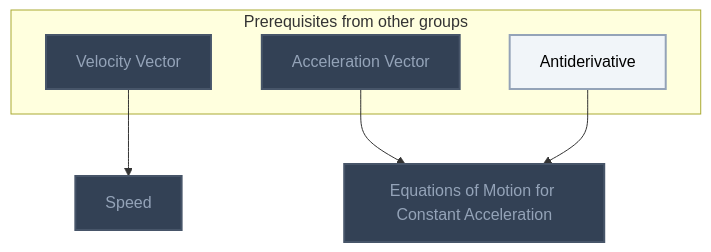
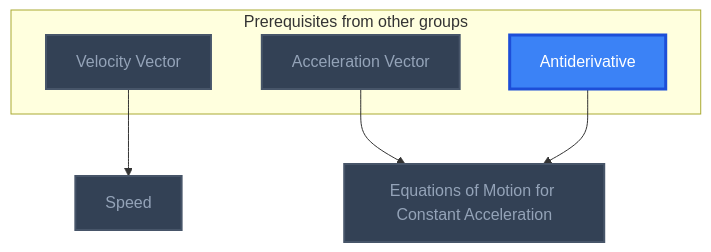
The eighth of 15 diagrams in Gamification/Skill Trees/Classical Mechanics.md (MRauf1/My-Notes), drawn with Mermaid before and after one commit. The commit also changed other lines of this file and 145 other files, not shown here.

````diff
--- a/Gamification/Skill Trees/Classical Mechanics.md
+++ b/Gamification/Skill Trees/Classical Mechanics.md
@@ -250,25 +251,25 @@
 ```mermaid
 flowchart TD
     classDef planned fill:#1E293B,stroke:#64748B,stroke-width:2px,stroke-dasharray:5 5,color:#94A3B8;
     classDef locked fill:#334155,stroke:#475569,stroke-width:2px,color:#94A3B8;
     classDef L0 fill:#F1F5F9,stroke:#94A3B8,stroke-width:2px,color:#000000;
     classDef L1 fill:#22C55E,stroke:#15803D,stroke-width:2px,color:#000000;
     classDef L2 fill:#3B82F6,stroke:#1D4ED8,stroke-width:3px,color:#FFFFFF;
     classDef L3 fill:#A855F7,stroke:#6B21A8,stroke-width:3px,color:#FFFFFF,font-weight:bold;
     classDef L4 fill:#F97316,stroke:#C2410C,stroke-width:4px,color:#000000,font-weight:bold;
     classDef L5 fill:#FFD700,stroke:#FF8C00,stroke-width:5px,color:#000000,font-weight:bold;
     classDef rusty stroke:#8B4513,stroke-width:4px,stroke-dasharray:3 3;
     subgraph sg_prereqs["Prerequisites from other groups"]
         n_velocity_vector["Velocity Vector"]
         n_acceleration_vector["Acceleration Vector"]
         n_antiderivative["Antiderivative"]
     end
     n_speed["Speed"]
     n_equations_of_motion_for_constant_acceleration["Equations of Motion for Constant Acceleration"]
     n_velocity_vector --> n_speed
     n_acceleration_vector --> n_equations_of_motion_for_constant_acceleration
     n_antiderivative --> n_equations_of_motion_for_constant_acceleration
     class n_velocity_vector,n_acceleration_vector,n_speed,n_equations_of_motion_for_constant_acceleration locked;
-    class n_antiderivative L0;
+    class n_antiderivative L2;
     class n_velocity_vector,n_acceleration_vector,n_antiderivative,n_speed,n_equations_of_motion_for_constant_acceleration internal-link;
 ```
````
